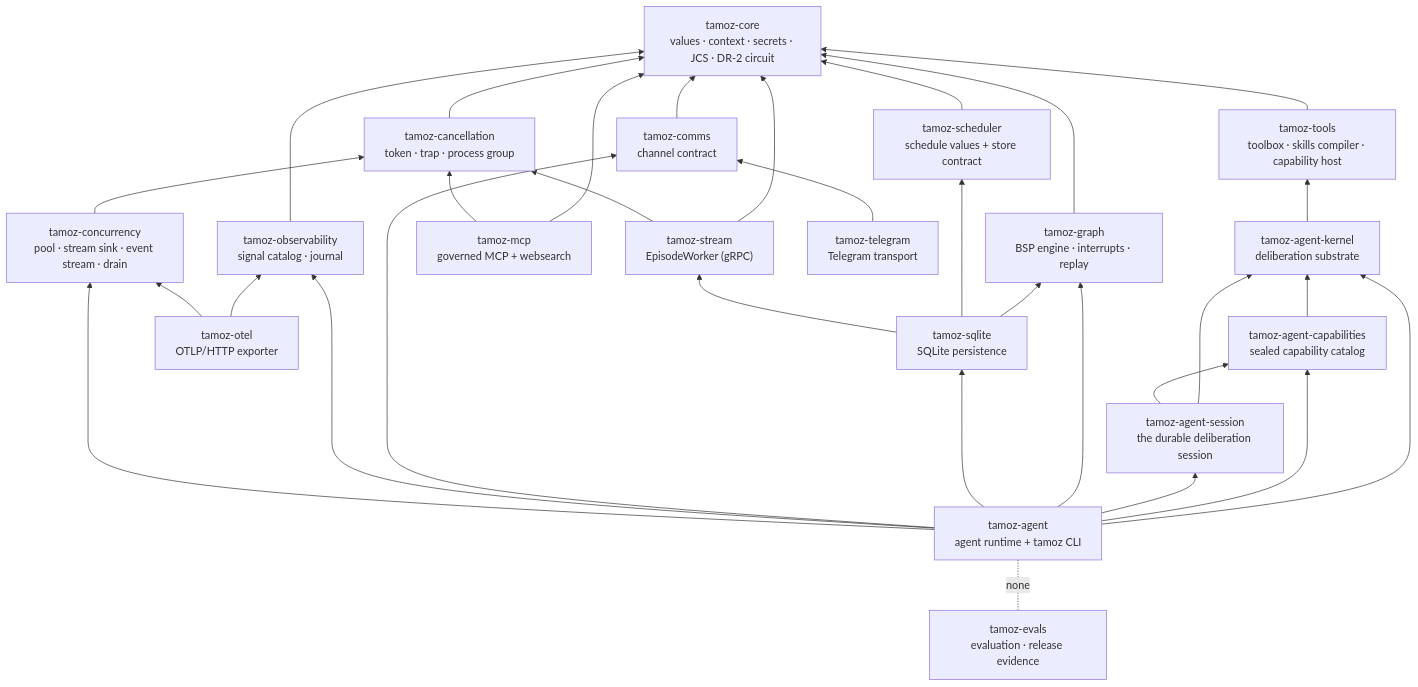
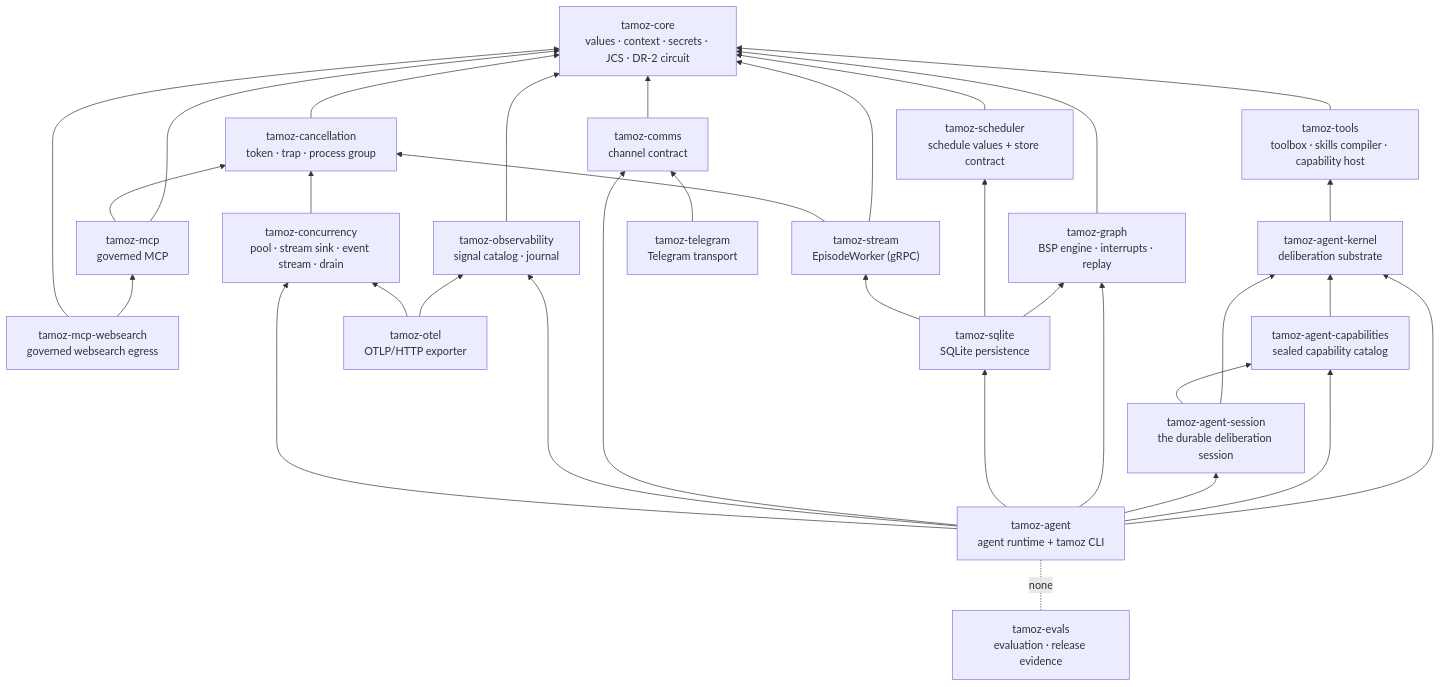
The diagram in documentation/architecture/gems.md (ghassan-ai-projects/tamoz), drawn with Mermaid before and after one commit. The commit also changed other lines of this file and 37 other files, not shown here.

Commit message:
Extract governed websearch adapter gem

````diff
--- a/documentation/architecture/gems.md
+++ b/documentation/architecture/gems.md
@@ -9,60 +9,63 @@
 ```mermaid
 flowchart BT
     CORE["tamoz-core<br/>values · context · secrets · JCS · DR-2 circuit"]
 
     CAN["tamoz-cancellation<br/>token · trap · process group"]
     CON["tamoz-concurrency<br/>pool · stream sink · event stream · drain"]
     G["tamoz-graph<br/>BSP engine · interrupts · replay"]
     SCH["tamoz-scheduler<br/>schedule values + store contract"]
     STR["tamoz-stream<br/>EpisodeWorker (gRPC)"]
     T["tamoz-tools<br/>toolbox · skills compiler · capability host"]
-    M["tamoz-mcp<br/>governed MCP + websearch"]
+    M["tamoz-mcp<br/>governed MCP"]
+    MW["tamoz-mcp-websearch<br/>governed websearch egress"]
     C["tamoz-comms<br/>channel contract"]
     O["tamoz-observability<br/>signal catalog · journal"]
 
     SQL["tamoz-sqlite<br/>SQLite persistence"]
     OTEL["tamoz-otel<br/>OTLP/HTTP exporter"]
     TG["tamoz-telegram<br/>Telegram transport"]
 
     AK["tamoz-agent-kernel<br/>deliberation substrate"]
     ACAP["tamoz-agent-capabilities<br/>sealed capability catalog"]
     ASESS["tamoz-agent-session<br/>the durable deliberation session"]
     AGENT["tamoz-agent<br/>agent runtime + tamoz CLI"]
 
     EVALS["tamoz-evals<br/>evaluation · release evidence"]
 
     G --> CORE
     SCH --> CORE
     STR --> CORE
     STR --> CAN
     T --> CORE
     M --> CORE
     M --> CAN
+    MW --> M
+    MW --> CORE
     C --> CORE
     O --> CORE
 
     CAN --> CORE
     CON --> CAN
 
     SQL --> G
     SQL --> SCH
     SQL --> STR
     OTEL --> O
     OTEL --> CON
     TG --> C
 
     AK --> T
     ACAP --> AK
     ASESS --> AK
     ASESS --> ACAP
     AGENT --> AK
     AGENT --> ACAP
     AGENT --> ASESS
     AGENT --> G
     AGENT --> SQL
     AGENT --> C
     AGENT --> O
     AGENT --> CON
 
     EVALS -. none .- AGENT
 ```
````
